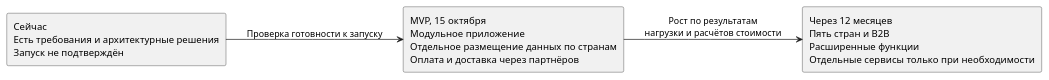
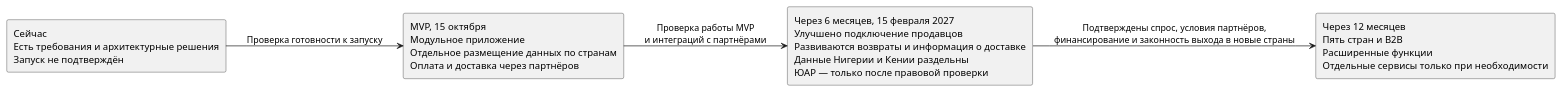
Before and after one commit to onevesomosti/Africa_Delivery: the diagram in Task5/transition-architecture.md, drawn with PlantUML. The commit also changed other lines of this file, not shown here.

````diff
--- a/Task5/transition-architecture.md
+++ b/Task5/transition-architecture.md
@@ -27,11 +28,13 @@
 ```plantuml
 @startuml
 left to right direction
 skinparam shadowing false
 rectangle "Сейчас\nЕсть требования и архитектурные решения\nЗапуск не подтверждён" as A
 rectangle "MVP, 15 октября\nМодульное приложение\nОтдельное размещение данных по странам\nОплата и доставка через партнёров" as B
-rectangle "Через 12 месяцев\nПять стран и B2B\nРасширенные функции\nОтдельные сервисы только при необходимости" as C
+rectangle "Через 6 месяцев, 15 февраля 2027\nУлучшено подключение продавцов\nРазвиваются возвраты и информация о доставке\nДанные Нигерии и Кении раздельны\nЮАР — только после правовой проверки" as C
+rectangle "Через 12 месяцев\nПять стран и B2B\nРасширенные функции\nОтдельные сервисы только при необходимости" as D
 A --> B : Проверка готовности к запуску
-B --> C : Рост по результатам\nнагрузки и расчётов стоимости
+B --> C : Проверка работы MVP\nи интеграций с партнёрами
+C --> D : Подтверждены спрос, условия партнёров,\nфинансирование и законность выхода в новые страны
 @enduml
 ```
````
